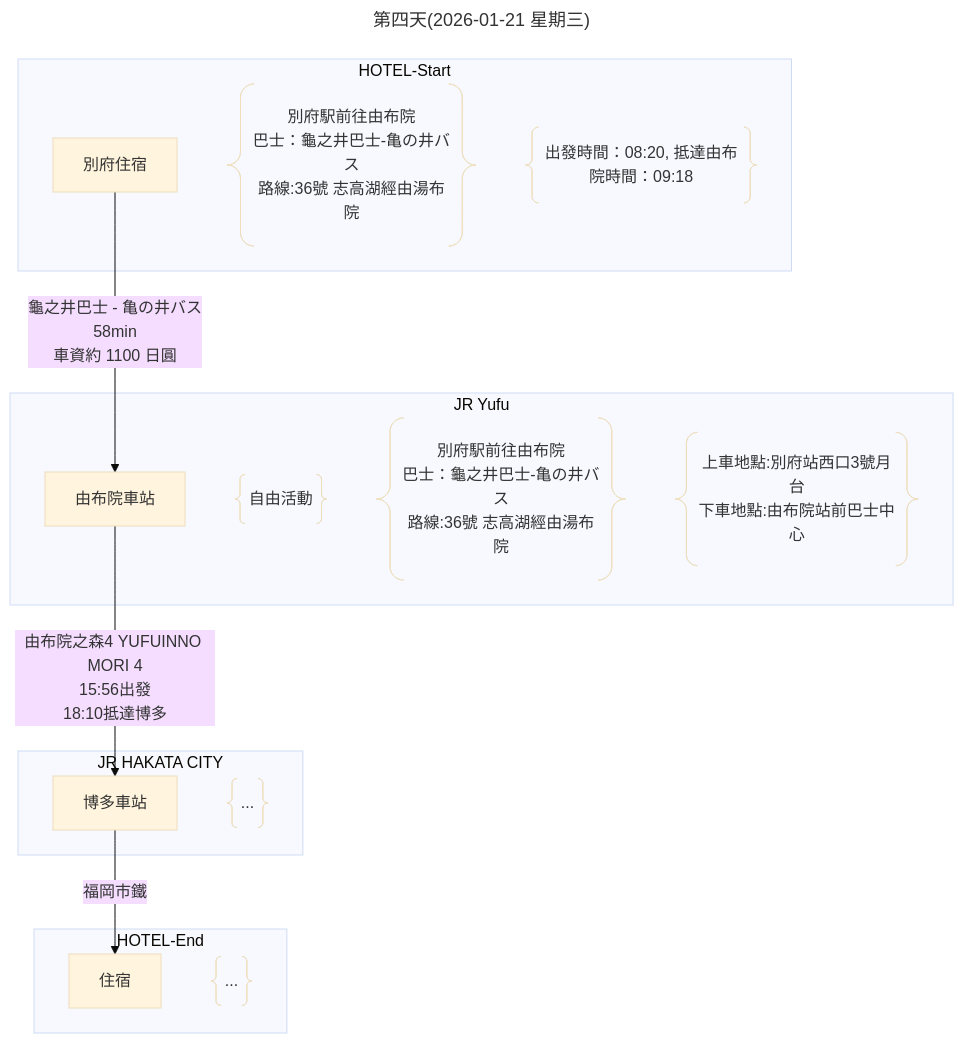
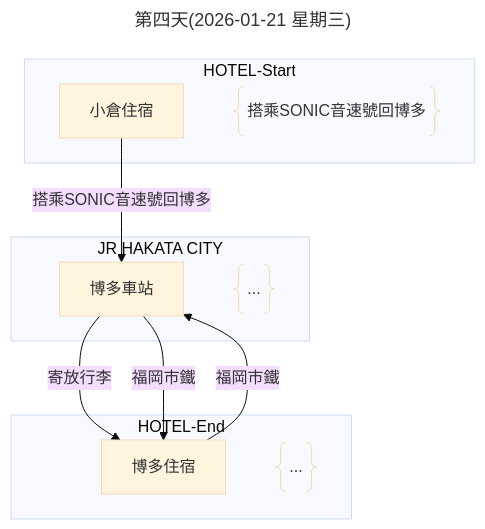
One commit to Shuming-Yang/2026-January-Trip changed the fourth of 6 diagrams in 行程規劃A.md. Above: the diagram before and after it, drawn with Mermaid (base theme). The commit also changed other lines of this file, not shown here.

````diff
--- a/行程規劃A.md
+++ b/行程規劃A.md
@@ -179,29 +187,22 @@
 ```mermaid
 ---
 title: 第四天(2026-01-21 星期三)
 ---
 flowchart
     subgraph HOTEL-Start
-        A[別府住宿]
-        A1@{ shape: braces, label: "別府駅前往由布院<br>巴士：龜之井巴士-亀の井バス<br>路線:36號 志高湖經由湯布院"}
-        A2@{ shape: braces, label: "上車地點:別府站西口3號月台<br>下車地點:由布院站前巴士中心"}
-        A2@{ shape: braces, label: "出發時間：08:20, 抵達由布院時間：09:18"}
-    end
-    subgraph JR Yufu
-        B[由布院車站]
-        B1@{ shape: braces, label: "自由活動"}
-        B2@{ shape: braces, label: "別府駅前往由布院<br>巴士：龜之井巴士-亀の井バス<br>路線:36號 志高湖經由湯布院"}
-        B3@{ shape: braces, label: "上車地點:別府站西口3號月台<br>下車地點:由布院站前巴士中心"}
+        A[小倉住宿]
+        A1@{ shape: braces, label: "搭乘SONIC音速號回博多"}
     end
     subgraph JR HAKATA CITY
         C[博多車站]
         C1@{ shape: braces, label: "..." }
     end
     subgraph HOTEL-End
-        D[住宿]
+        D[博多住宿]
         D1@{ shape: braces, label: "..." }
     end
-    A --> |龜之井巴士 - 亀の井バス<br>58min<br>車資約 1100 日圓| B
-    B --> |由布院之森4 YUFUINNO MORI 4<br>15:56出發<br>18:10抵達博多| C
+    A --> |搭乘SONIC音速號回博多| C
+    C --> |寄放行李| D
+    D --> |福岡市鐵| C
     C --> |福岡市鐵| D
 ```
````
